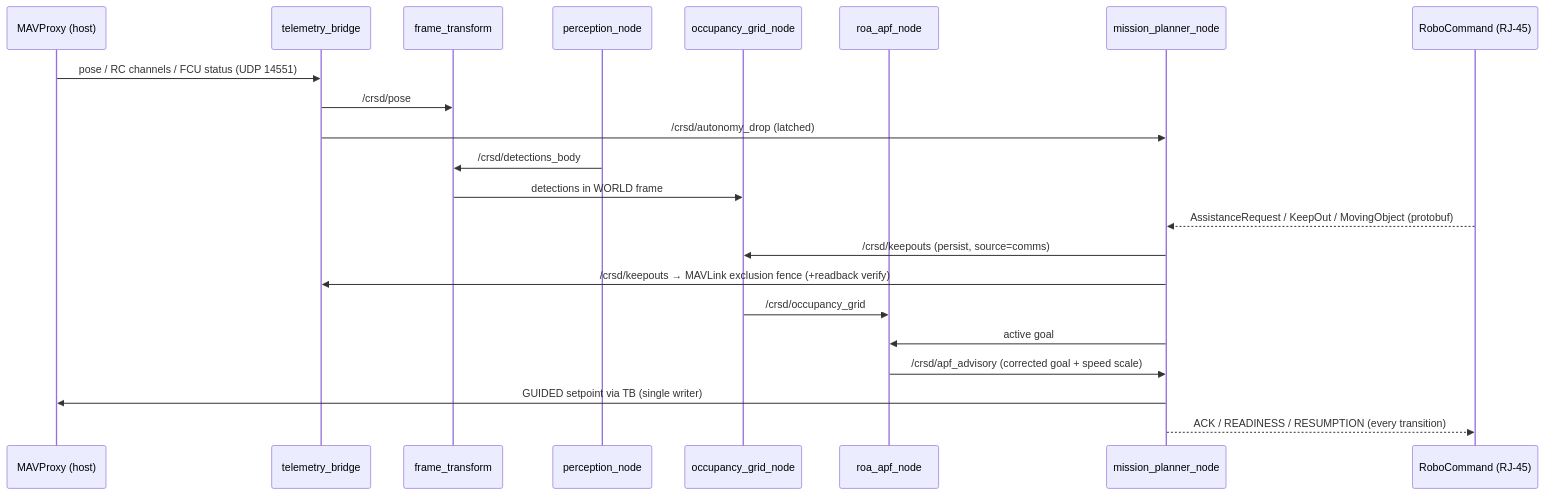
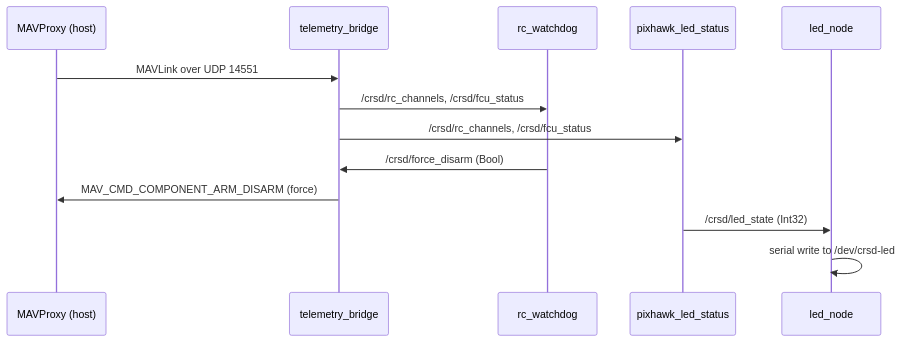
One commit to InspirationRobotics/rx26_asv changed the diagram in rx26_asv/rx26_asv/README.md. Above: the diagram before and after it, drawn with Mermaid. The commit also changed other lines of this file and 119 other files, not shown here.

````diff
--- a/rx26_asv/rx26_asv/README.md
+++ b/rx26_asv/rx26_asv/README.md
@@ -32,25 +26,15 @@
 ```mermaid
 sequenceDiagram
-    participant MAV as MAVProxy (host)
+    participant MP as MAVProxy (host)
     participant TB as telemetry_bridge
-    participant FT as frame_transform
-    participant PN as perception_node
-    participant OG as occupancy_grid_node
-    participant APF as roa_apf_node
-    participant MP as mission_planner_node
-    participant RC as RoboCommand (RJ-45)
-
-    MAV->>TB: pose / RC channels / FCU status (UDP 14551)
-    TB->>FT: /crsd/pose
-    TB->>MP: /crsd/autonomy_drop (latched)
-    PN->>FT: /crsd/detections_body
-    FT->>OG: detections in WORLD frame
-    RC-->>MP: AssistanceRequest / KeepOut / MovingObject (protobuf)
-    MP->>OG: /crsd/keepouts (persist, source=comms)
-    MP->>TB: /crsd/keepouts → MAVLink exclusion fence (+readback verify)
-    OG->>APF: /crsd/occupancy_grid
-    MP->>APF: active goal
-    APF->>MP: /crsd/apf_advisory (corrected goal + speed scale)
-    MP->>MAV: GUIDED setpoint via TB (single writer)
-    MP-->>RC: ACK / READINESS / RESUMPTION (every transition)
+    participant WD as rc_watchdog
+    participant PL as pixhawk_led_status
+    participant LED as led_node
+    MP->>TB: MAVLink over UDP 14551
+    TB->>WD: /crsd/rc_channels, /crsd/fcu_status
+    TB->>PL: /crsd/rc_channels, /crsd/fcu_status
+    WD->>TB: /crsd/force_disarm (Bool)
+    TB->>MP: MAV_CMD_COMPONENT_ARM_DISARM (force)
+    PL->>LED: /crsd/led_state (Int32)
+    LED->>LED: serial write to /dev/crsd-led
 ```
````
